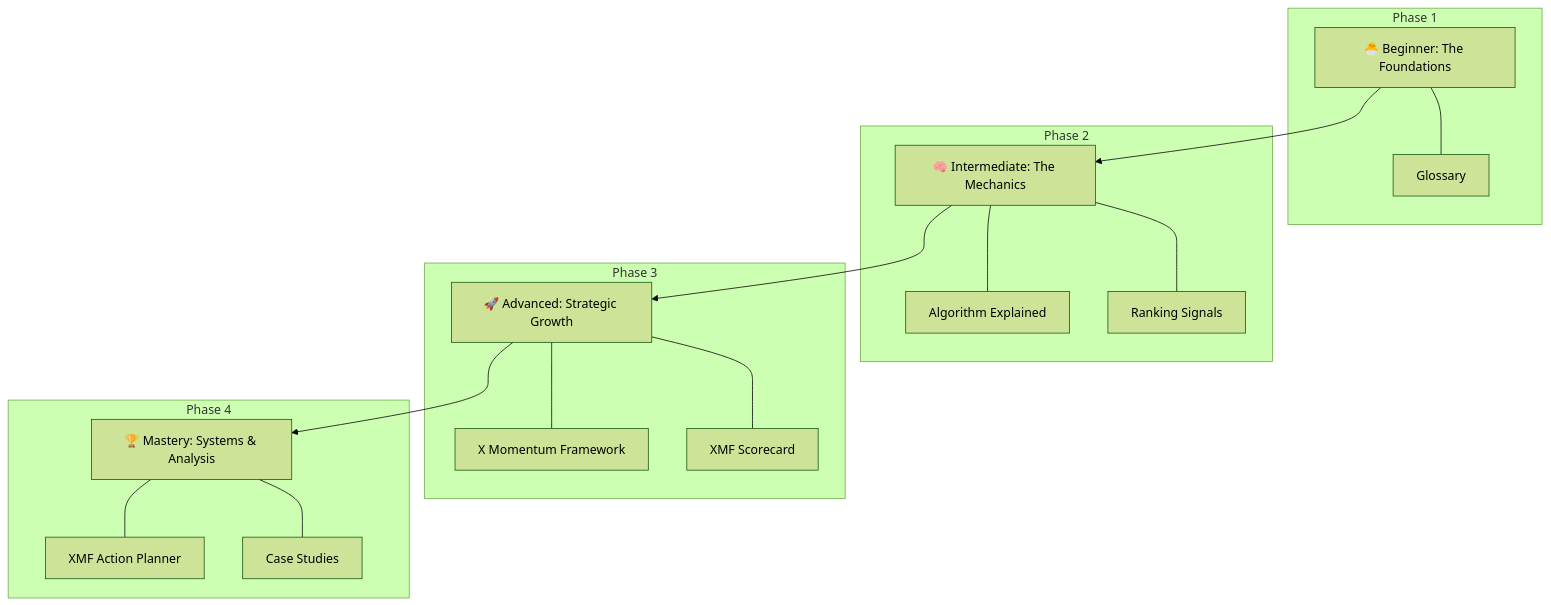
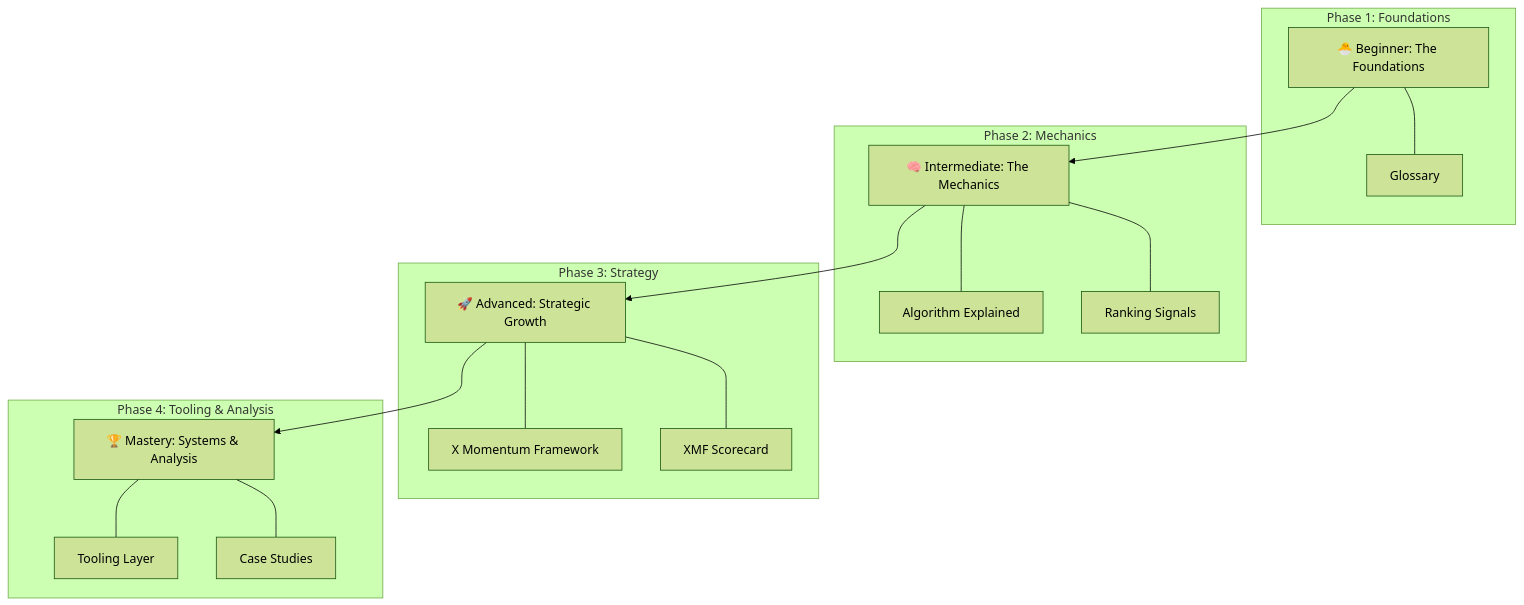
One commit to Hustlenix/X-growth-lab changed the second of 2 diagrams in README.md. Above: the diagram before and after it, drawn with Mermaid (forest theme). The commit also changed other lines of this file and 12 other files, not shown here.

First line of the commit message:
Implement Session 4: The Tooling Layer

````diff
--- a/README.md
+++ b/README.md
@@ -34,25 +59,25 @@
 ```mermaid
 graph TD
     A[🐣 Beginner: The Foundations] --> B[🧠 Intermediate: The Mechanics]
     B --> C[🚀 Advanced: Strategic Growth]
     C --> D[🏆 Mastery: Systems & Analysis]
 
-    subgraph "Phase 1"
+    subgraph "Phase 1: Foundations"
     A --- A1[Glossary]
     end
 
-    subgraph "Phase 2"
+    subgraph "Phase 2: Mechanics"
     B --- B1[Algorithm Explained]
     B --- B2[Ranking Signals]
     end
 
-    subgraph "Phase 3"
+    subgraph "Phase 3: Strategy"
     C --- C1[X Momentum Framework]
     C --- C2[XMF Scorecard]
     end
 
-    subgraph "Phase 4"
-    D --- D1[XMF Action Planner]
+    subgraph "Phase 4: Tooling & Analysis"
+    D --- D1[Tooling Layer]
     D --- D2[Case Studies]
     end
 ```
````
